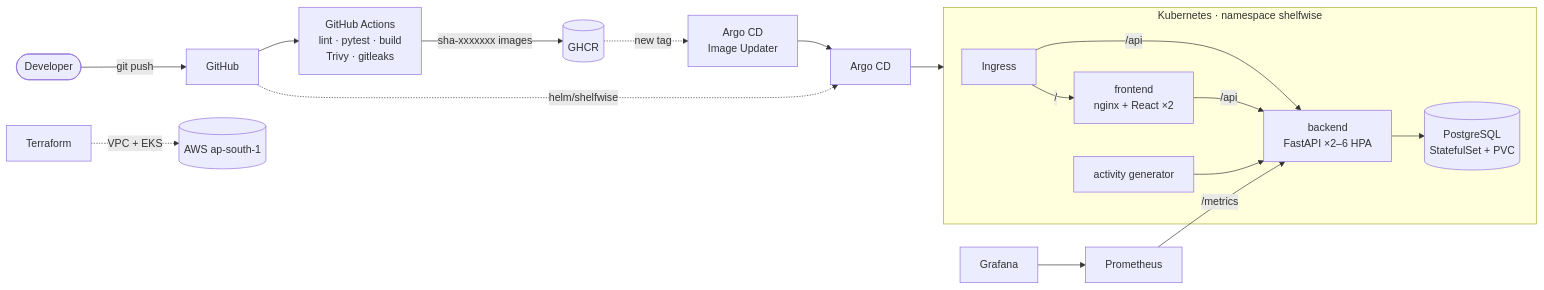
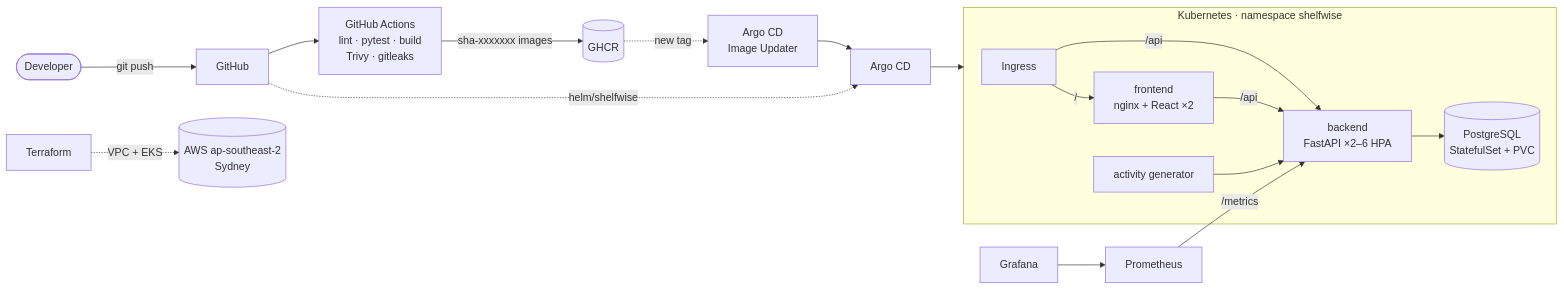
Before and after one commit to Aanviiii/DevOps-project: the diagram in README.md, drawn with Mermaid. The commit also changed other lines of this file and 10 other files, not shown here.

````diff
--- a/README.md
+++ b/README.md
@@ -44,22 +44,22 @@
 ```mermaid
 flowchart LR
     dev([Developer]) -->|git push| gh[GitHub]
     gh --> ci[GitHub Actions<br/>lint · pytest · build<br/>Trivy · gitleaks]
     ci -->|sha-xxxxxxx images| ghcr[(GHCR)]
     ghcr -.->|new tag| iu[Argo CD<br/>Image Updater]
     iu --> argo[Argo CD]
     gh -.->|helm/shelfwise| argo
     argo --> k8s
 
     subgraph k8s [Kubernetes · namespace shelfwise]
         ing[Ingress] -->|/| fe[frontend<br/>nginx + React ×2]
         ing -->|/api| be[backend<br/>FastAPI ×2–6 HPA]
         fe -->|/api| be
         be --> pg[(PostgreSQL<br/>StatefulSet + PVC)]
         act[activity generator] --> be
     end
 
     prom[Prometheus] -->|/metrics| be
     graf[Grafana] --> prom
-    tf[Terraform] -.->|VPC + EKS| aws[(AWS ap-south-1)]
+    tf[Terraform] -.->|VPC + EKS| aws[(AWS ap-southeast-2<br/>Sydney)]
 ```
````
